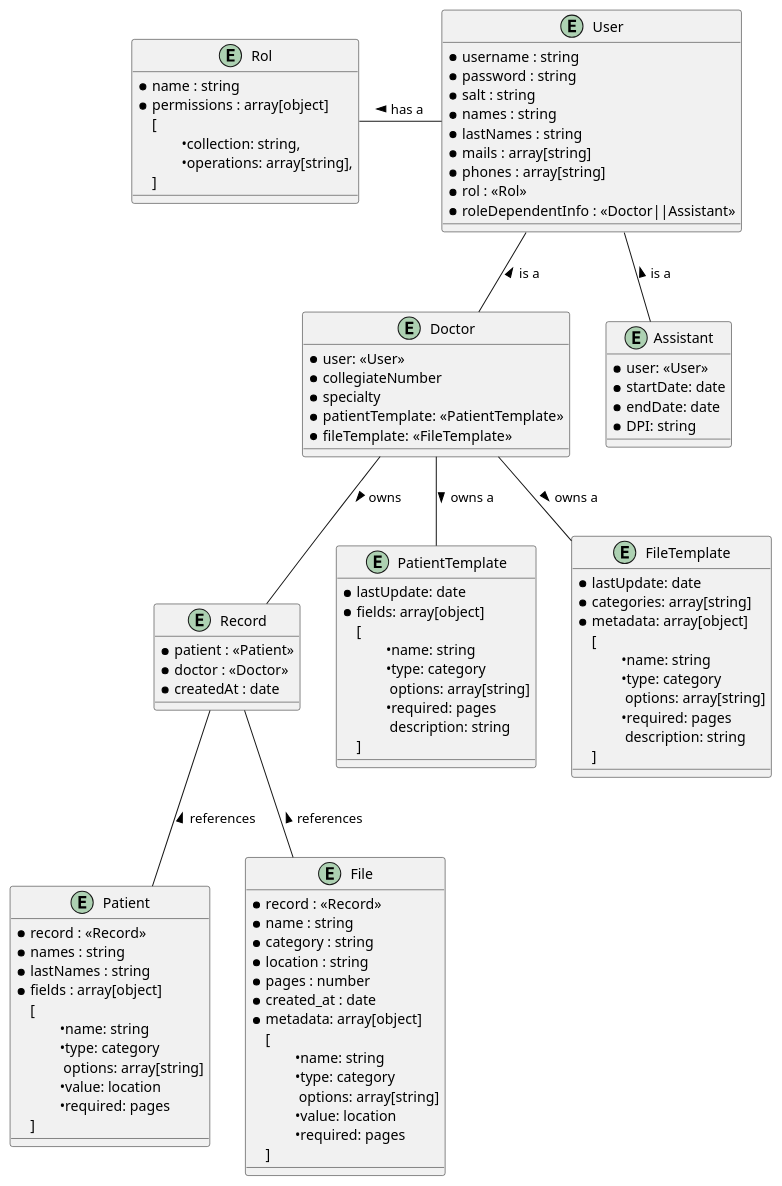
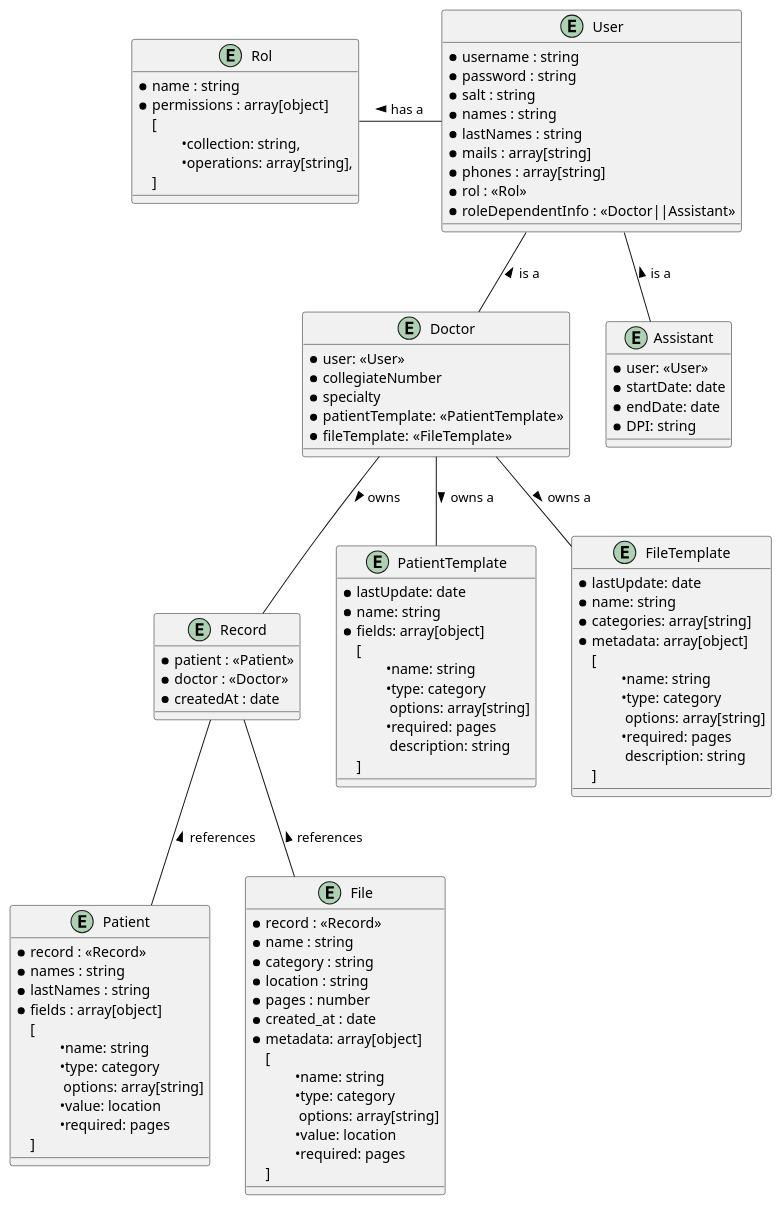
The diagram in Diagram/DB_Diagram.plantuml (TherapistTrack/TherapistTrack-DB), drawn with PlantUML before and after one commit. The commit also changed 3 other files, not shown here.

```diff
--- a/Diagram/DB_Diagram.plantuml
+++ b/Diagram/DB_Diagram.plantuml
@@ -1,113 +1,115 @@
 @startuml entity
 
 entity Rol {
     * name : string
     * permissions : array[object]
     [
         \t•collection: string,
         \t•operations: array[string],
     ]
 }
 
 entity User {
     * username : string
     * password : string
     * salt : string
     * names : string
     * lastNames : string
     * mails : array[string]
     * phones : array[string]
     * rol : <<Rol>>
     * roleDependentInfo : <<Doctor||Assistant>>
 }
 
 entity Doctor {
     * user: <<User>>
     * collegiateNumber
     * specialty
     * patientTemplate: <<PatientTemplate>>
     * fileTemplate: <<FileTemplate>>
 }
 
 entity Assistant {
     * user: <<User>>
     * startDate: date
     * endDate: date
     * DPI: string
 }
 
 entity Record {
     * patient : <<Patient>>
     * doctor : <<Doctor>>
     * createdAt : date
 }
 
 entity PatientTemplate {
     * lastUpdate: date
+    * name: string
     * fields: array[object]
     [
         \t•name: string
         \t•type: category
         \t options: array[string]
         \t•required: pages
         \t description: string
     ]
 }
 
 entity Patient {
     * record : <<Record>>
     * names : string
     * lastNames : string
     * fields : array[object]
     [
         \t•name: string
         \t•type: category
         \t options: array[string]
         \t•value: location
         \t•required: pages
     ]
     
 }
 
 entity FileTemplate {
     * lastUpdate: date
+    * name: string
     * categories: array[string]
     * metadata: array[object]
     [
         \t•name: string
         \t•type: category
         \t options: array[string]
         \t•required: pages
         \t description: string
     ]
 }
 
 entity File {
     * record : <<Record>>
     * name : string
     * category : string
     * location : string
     * pages : number
     * created_at : date
     * metadata: array[object]
     [
         \t•name: string
         \t•type: category
         \t options: array[string]
         \t•value: location
         \t•required: pages
     ]
 }
 
 User -l- Rol : > has a
 User -d- Doctor : < is a
 User -d- Assistant : < is a
 
 Record -u- Doctor : < owns
 Record -- File  : < references
 Record -- Patient : < references
 
 Doctor -- FileTemplate : > owns a 
 Doctor -- PatientTemplate : > owns a
 
 @enduml
```
